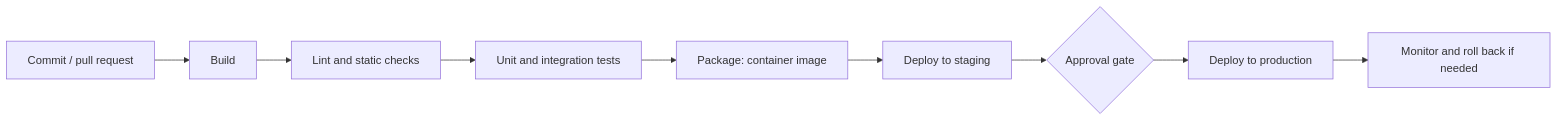
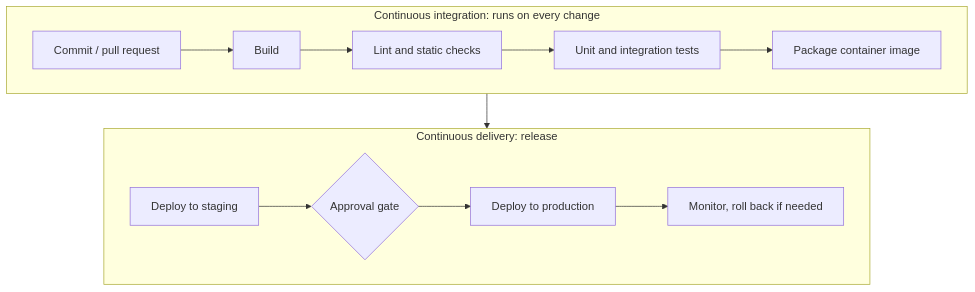
Before and after one commit to Charikshith/AI_Library: diagram 13 of 13 in notes/system-design/markdown/9 - Reliability, Availability & Disaster Recovery.md, drawn with Mermaid. The commit also changed other lines of this file and 37 other files, not shown here.

Commit message:
update: convert 47 text diagrams to Mermaid, re-lay-out wide diagrams, fix broken edge labels and Gantt durations

````diff
--- a/notes/system-design/markdown/9 - Reliability, Availability & Disaster Recovery.md
+++ b/notes/system-design/markdown/9 - Reliability, Availability & Disaster Recovery.md
@@ -886,11 +875,12 @@
 ```mermaid
-flowchart LR
-    C[Commit / pull request] --> B[Build]
-    B --> L[Lint and static checks]
-    L --> T[Unit and integration tests]
-    T --> P[Package: container image]
-    P --> S[Deploy to staging]
-    S --> A{Approval gate}
-    A --> D[Deploy to production]
-    D --> M[Monitor and roll back if needed]
+flowchart TB
+    subgraph CI["Continuous integration: runs on every change"]
+        direction LR
+        C["Commit / pull request"] --> B["Build"] --> L["Lint and static checks"] --> T["Unit and integration tests"] --> P["Package container image"]
+    end
+    subgraph CD["Continuous delivery: release"]
+        direction LR
+        S["Deploy to staging"] --> A{"Approval gate"} --> D["Deploy to production"] --> M["Monitor, roll back if needed"]
+    end
+    CI --> CD
 ```
````
